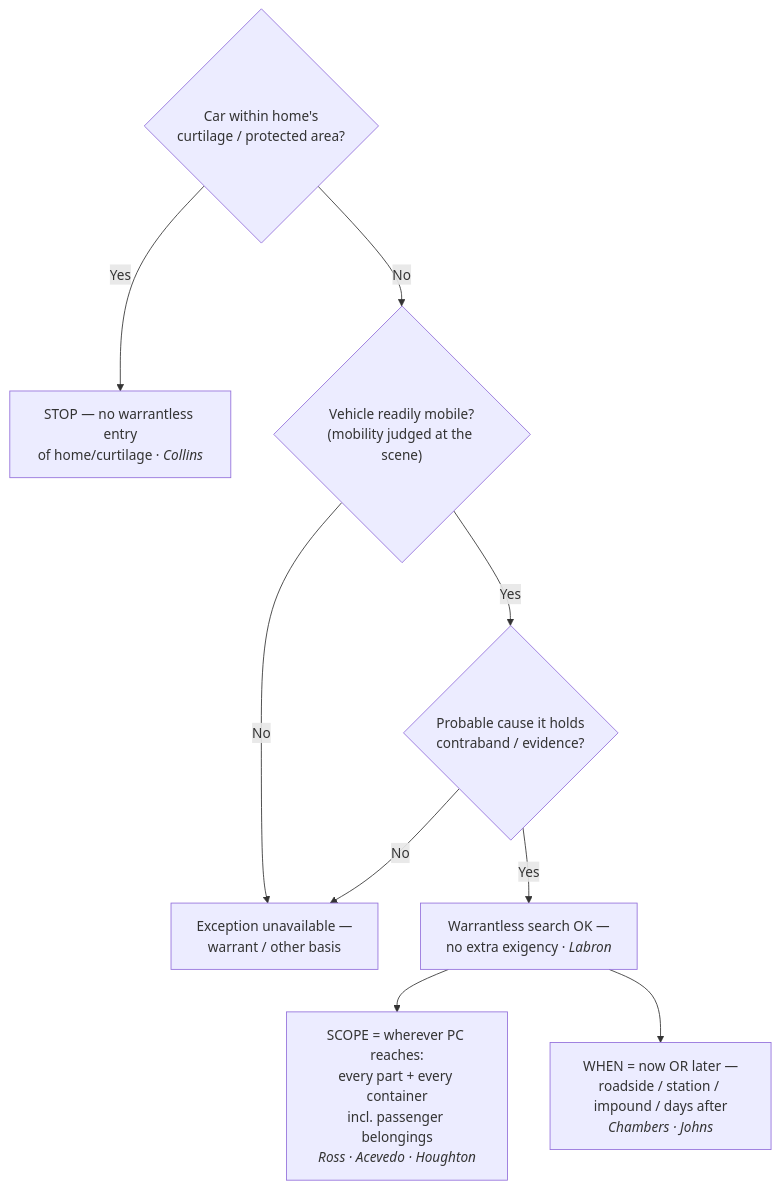
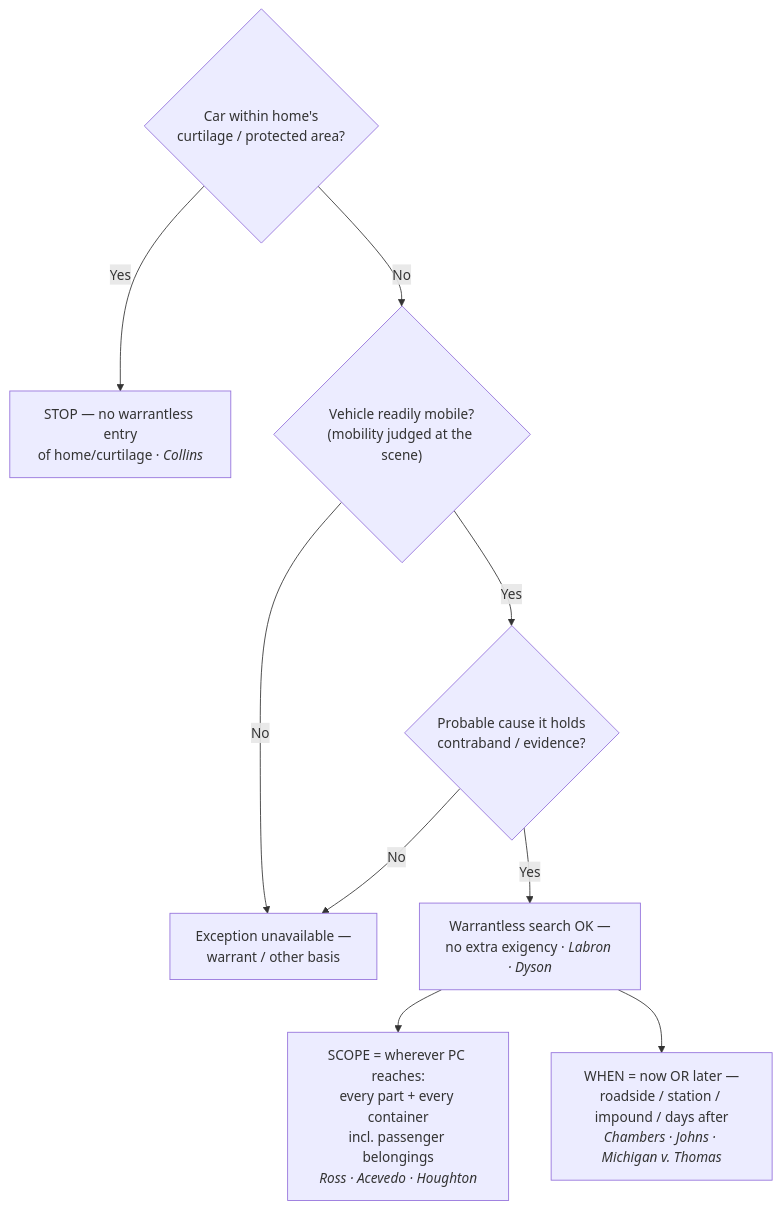
Before and after one commit to Enragedsaturday/cssi: the diagram in content/7-exceptions-warrant/7a-pc-needed/Automobile Exception.md, drawn with Mermaid. The commit also changed other lines of this file and 10 other files, not shown here.

````diff
--- a/content/7-exceptions-warrant/7a-pc-needed/Automobile Exception.md
+++ b/content/7-exceptions-warrant/7a-pc-needed/Automobile Exception.md
@@ -65,11 +90,11 @@
 ```mermaid
 flowchart TD
   P{"Car within home's<br/>curtilage / protected area?"} -->|Yes| Z["STOP — no warrantless entry<br/>of home/curtilage · <i>Collins</i>"]
   P -->|No| A{"Vehicle readily mobile?<br/>(mobility judged at the scene)"}
   A -->|No| X["Exception unavailable —<br/>warrant / other basis"]
   A -->|Yes| B{"Probable cause it holds<br/>contraband / evidence?"}
   B -->|No| X
-  B -->|Yes| C["Warrantless search OK —<br/>no extra exigency · <i>Labron</i>"]
+  B -->|Yes| C["Warrantless search OK —<br/>no extra exigency · <i>Labron · Dyson</i>"]
   C --> D["SCOPE = wherever PC reaches:<br/>every part + every container<br/>incl. passenger belongings<br/><i>Ross · Acevedo · Houghton</i>"]
-  C --> E["WHEN = now OR later —<br/>roadside / station / impound / days after<br/><i>Chambers · Johns</i>"]
+  C --> E["WHEN = now OR later —<br/>roadside / station / impound / days after<br/><i>Chambers · Johns · Michigan v. Thomas</i>"]
 ```
````
